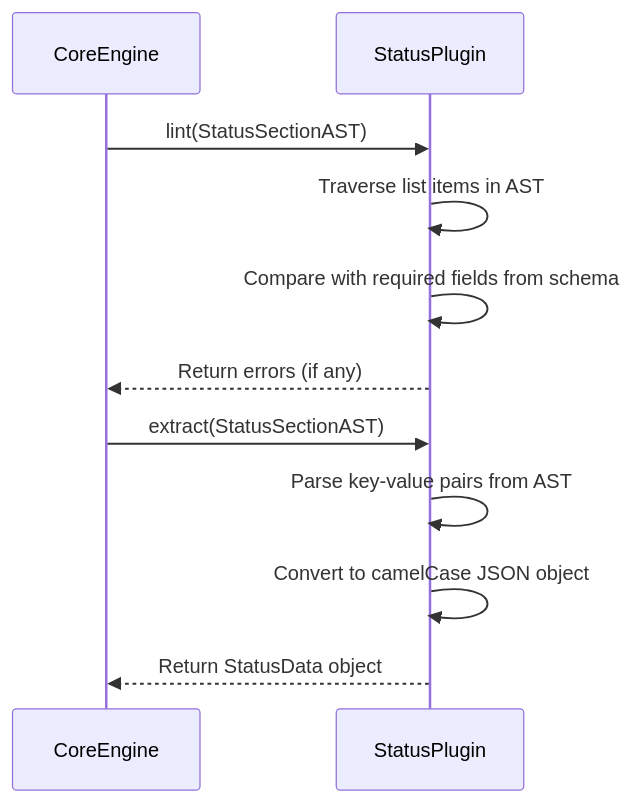
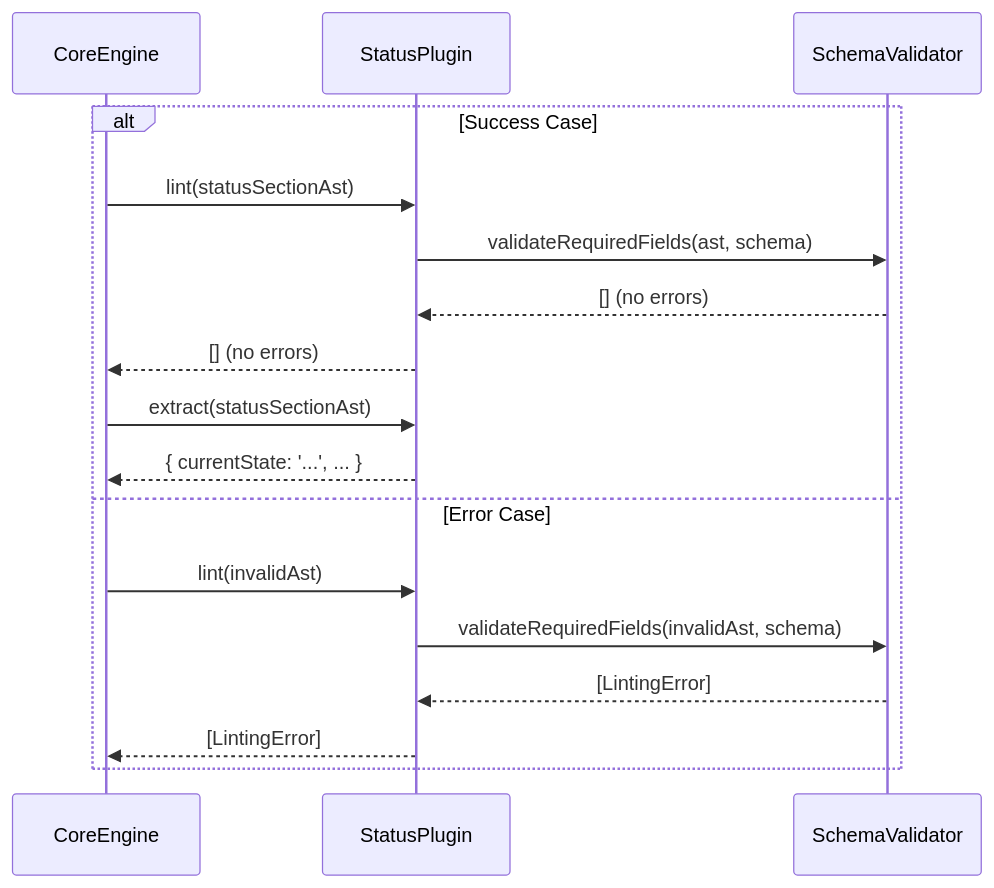
Before and after one commit to livelifelively/documentation-driven-development-tools: the fourth of 4 diagrams in docs/requirements/p1-p5.t19-poc-plugin-status.task.md, drawn with Mermaid. The commit also changed other lines of this file and 3 other files, not shown here.

````diff
--- a/docs/requirements/p1-p5.t19-poc-plugin-status.task.md
+++ b/docs/requirements/p1-p5.t19-poc-plugin-status.task.md
@@ -111,15 +113,21 @@
 ```mermaid
 sequenceDiagram
     participant CoreEngine
     participant StatusPlugin
+    participant SchemaValidator
 
-    CoreEngine->>StatusPlugin: lint(StatusSectionAST)
-    StatusPlugin->>StatusPlugin: Traverse list items in AST
-    StatusPlugin->>StatusPlugin: Compare with required fields from schema
-    StatusPlugin-->>CoreEngine: Return errors (if any)
+    alt Success Case
+        CoreEngine->>StatusPlugin: lint(statusSectionAst)
+        StatusPlugin->>SchemaValidator: validateRequiredFields(ast, schema)
+        SchemaValidator-->>StatusPlugin: [] (no errors)
+        StatusPlugin-->>CoreEngine: [] (no errors)
 
-    CoreEngine->>StatusPlugin: extract(StatusSectionAST)
-    StatusPlugin->>StatusPlugin: Parse key-value pairs from AST
-    StatusPlugin->>StatusPlugin: Convert to camelCase JSON object
-    StatusPlugin-->>CoreEngine: Return StatusData object
+        CoreEngine->>StatusPlugin: extract(statusSectionAst)
+        StatusPlugin-->>CoreEngine: { currentState: '...', ... }
+    else Error Case
+        CoreEngine->>StatusPlugin: lint(invalidAst)
+        StatusPlugin->>SchemaValidator: validateRequiredFields(invalidAst, schema)
+        SchemaValidator-->>StatusPlugin: [LintingError]
+        StatusPlugin-->>CoreEngine: [LintingError]
+    end
 ```
````
